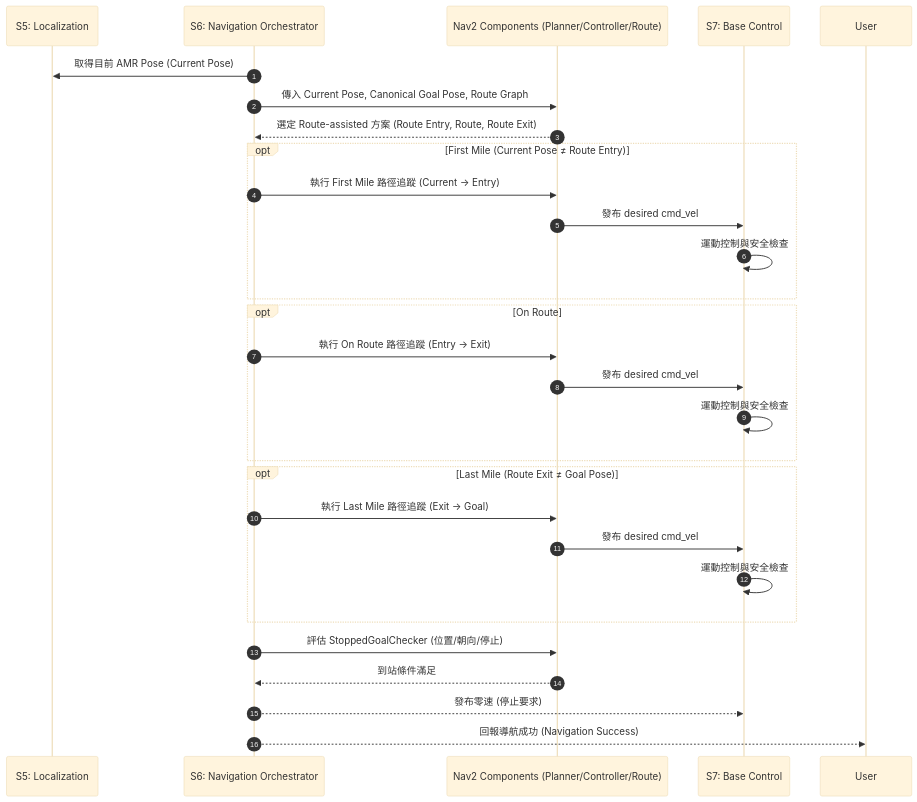
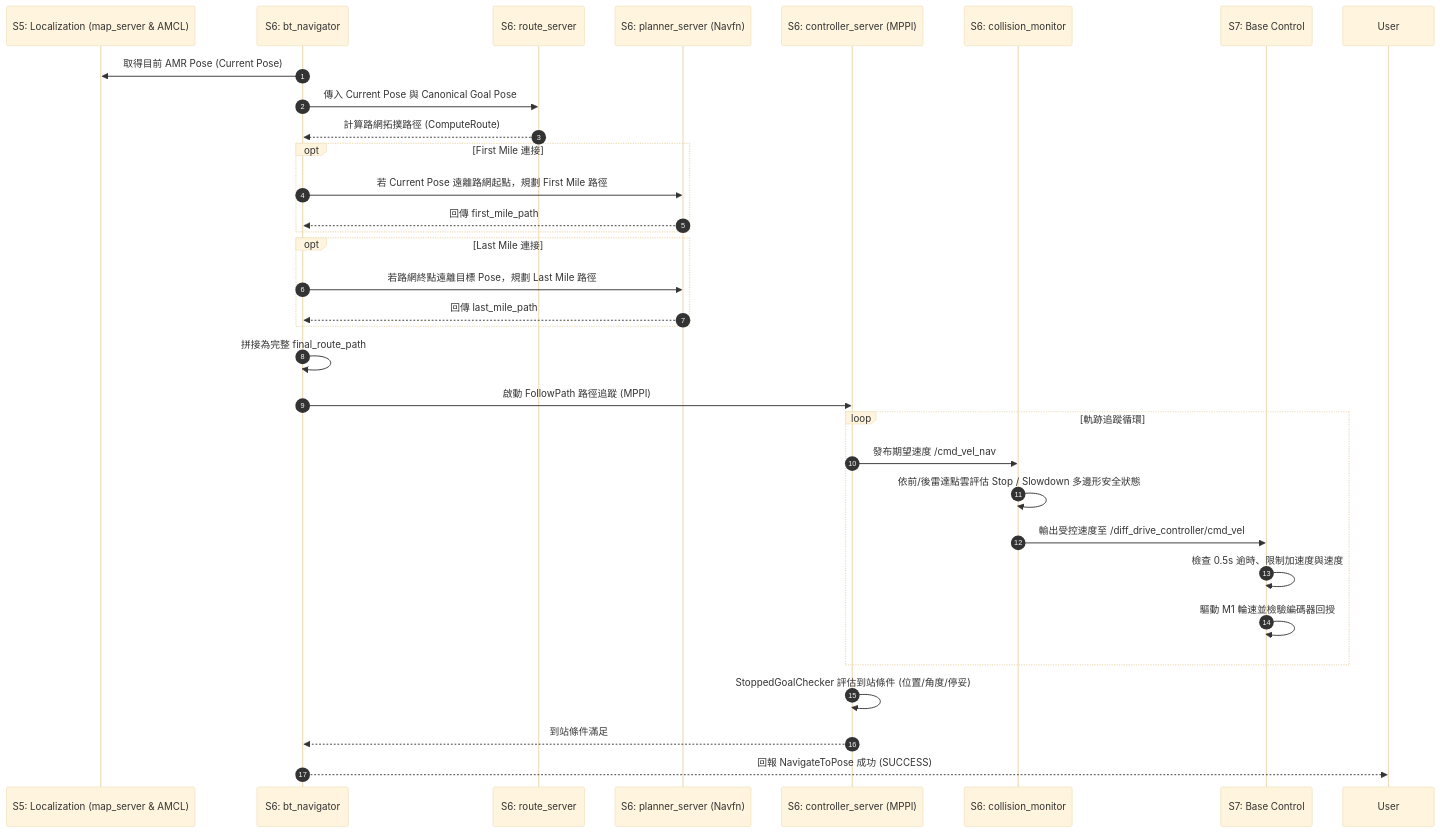
One commit to monkey30440/mobile_base changed the fourth of 4 diagrams in docs/05_architecture.md. Above: the diagram before and after it, drawn with Mermaid (base theme). The commit also changed other lines of this file and 1 other file, not shown here.

Commit message:
docs(architecture): consolidate as-built system architecture

````diff
--- a/docs/05_architecture.md
+++ b/docs/05_architecture.md
@@ -445,35 +476,40 @@
 ```mermaid
 sequenceDiagram
     autonumber
-    participant S5 as S5: Localization
-    participant S6 as S6: Navigation Orchestrator
-    participant Nav2 as Nav2 Components (Planner/Controller/Route)
+    participant S5 as S5: Localization (map_server & AMCL)
+    participant BT as S6: bt_navigator
+    participant Route as S6: route_server
+    participant Planner as S6: planner_server (Navfn)
+    participant Ctrl as S6: controller_server (MPPI)
+    participant CM as S6: collision_monitor
     participant S7 as S7: Base Control
 
-    S6->>S5: 取得目前 AMR Pose (Current Pose)
-    S6->>Nav2: 傳入 Current Pose, Canonical Goal Pose, Route Graph
-    Nav2-->>S6: 選定 Route-assisted 方案 (Route Entry, Route, Route Exit)
+    BT->>S5: 取得目前 AMR Pose (Current Pose)
+    BT->>Route: 傳入 Current Pose 與 Canonical Goal Pose
+    Route-->>BT: 計算路網拓撲路徑 (ComputeRoute)
 
-    opt First Mile (Current Pose ≠ Route Entry)
-        S6->>Nav2: 執行 First Mile 路徑追蹤 (Current → Entry)
-        Nav2->>S7: 發布 desired cmd_vel
-        S7->>S7: 運動控制與安全檢查
+    opt First Mile 連接
+        BT->>Planner: 若 Current Pose 遠離路網起點，規劃 First Mile 路徑
+        Planner-->>BT: 回傳 first_mile_path
     end
 
-    opt On Route
-        S6->>Nav2: 執行 On Route 路徑追蹤 (Entry → Exit)
-        Nav2->>S7: 發布 desired cmd_vel
-        S7->>S7: 運動控制與安全檢查
+    opt Last Mile 連接
+        BT->>Planner: 若路網終點遠離目標 Pose，規劃 Last Mile 路徑
+        Planner-->>BT: 回傳 last_mile_path
     end
 
-    opt Last Mile (Route Exit ≠ Goal Pose)
-        S6->>Nav2: 執行 Last Mile 路徑追蹤 (Exit → Goal)
-        Nav2->>S7: 發布 desired cmd_vel
-        S7->>S7: 運動控制與安全檢查
+    BT->>BT: 拼接為完整 final_route_path
+    BT->>Ctrl: 啟動 FollowPath 路徑追蹤 (MPPI)
+
+    loop 軌跡追蹤循環
+        Ctrl->>CM: 發布期望速度 /cmd_vel_nav
+        CM->>CM: 依前/後雷達點雲評估 Stop / Slowdown 多邊形安全狀態
+        CM->>S7: 輸出受控速度至 /diff_drive_controller/cmd_vel
+        S7->>S7: 檢查 0.5s 逾時、限制加速度與速度
+        S7->>S7: 驅動 M1 輪速並檢驗編碼器回授
     end
 
-    S6->>Nav2: 評估 StoppedGoalChecker (位置/朝向/停止)
-    Nav2-->>S6: 到站條件滿足
-    S6-->>S7: 發布零速 (停止要求)
-    S6-->>User: 回報導航成功 (Navigation Success)
+    Ctrl->>Ctrl: StoppedGoalChecker 評估到站條件 (位置/角度/停妥)
+    Ctrl-->>BT: 到站條件滿足
+    BT-->>User: 回報 NavigateToPose 成功 (SUCCESS)
 ```
````
